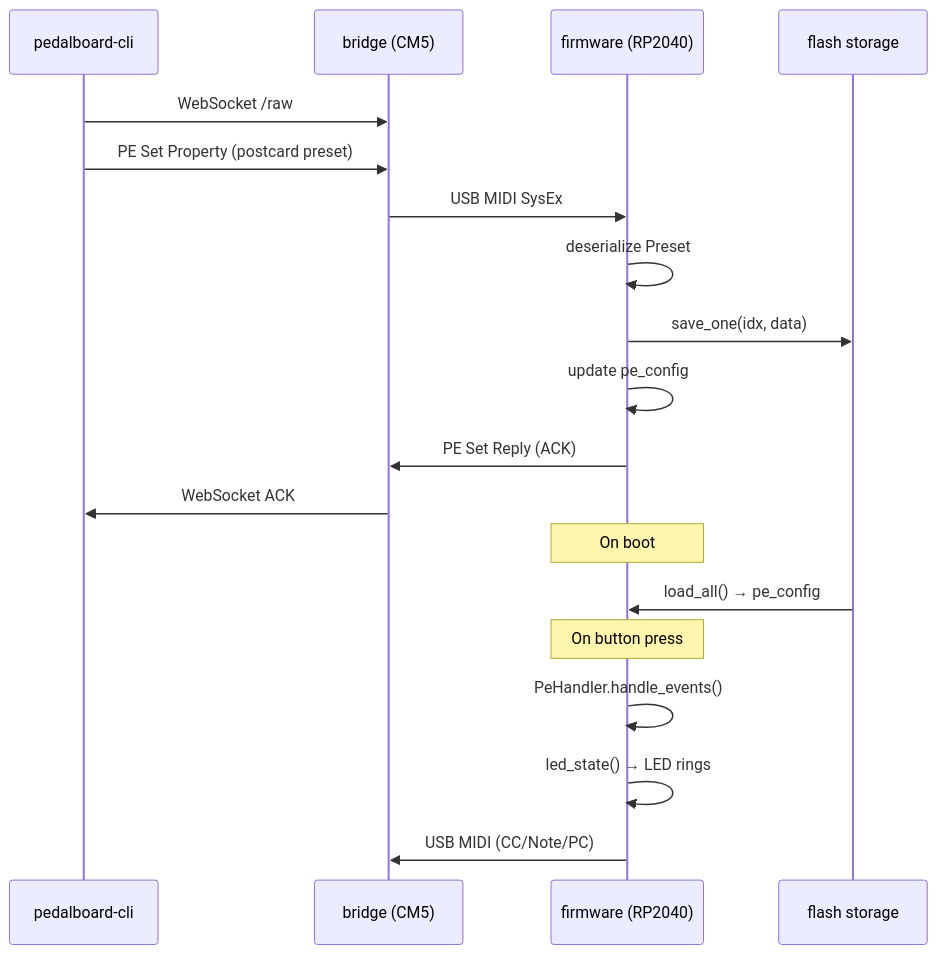
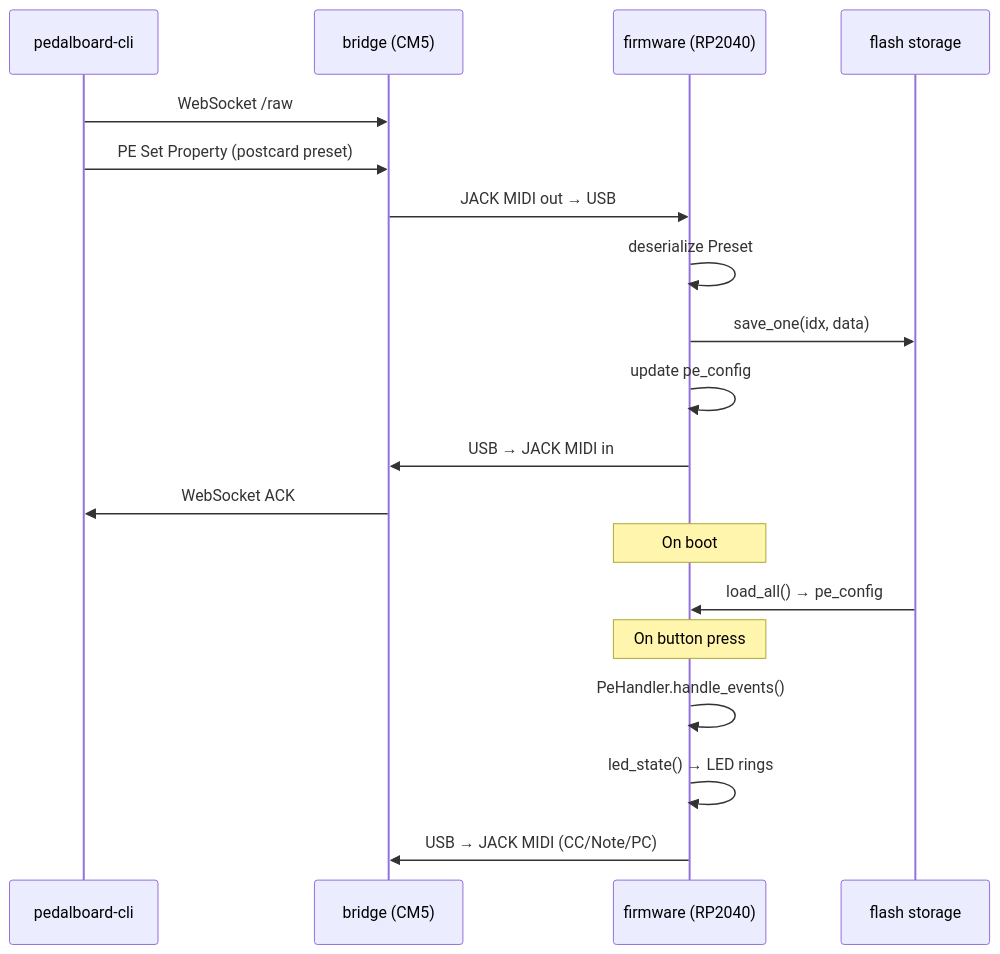
One commit to pedalboard/.github changed the third of 4 diagrams in docs/software-architecture.md. Above: the diagram before and after it, drawn with Mermaid. The commit also changed other lines of this file, not shown here.

First line of the commit message:
docs: update software architecture for JACK MIDI routing

````diff
--- a/docs/software-architecture.md
+++ b/docs/software-architecture.md
@@ -51,24 +105,24 @@
 ```mermaid
 sequenceDiagram
     participant CLI as pedalboard-cli
     participant Bridge as bridge (CM5)
     participant FW as firmware (RP2040)
     participant Flash as flash storage
 
     CLI->>Bridge: WebSocket /raw
     CLI->>Bridge: PE Set Property (postcard preset)
-    Bridge->>FW: USB MIDI SysEx
+    Bridge->>FW: JACK MIDI out → USB
     FW->>FW: deserialize Preset
     FW->>Flash: save_one(idx, data)
     FW->>FW: update pe_config
-    FW->>Bridge: PE Set Reply (ACK)
+    FW->>Bridge: USB → JACK MIDI in
     Bridge->>CLI: WebSocket ACK
 
     Note over FW: On boot
     Flash->>FW: load_all() → pe_config
     
     Note over FW: On button press
     FW->>FW: PeHandler.handle_events()
     FW->>FW: led_state() → LED rings
-    FW->>Bridge: USB MIDI (CC/Note/PC)
+    FW->>Bridge: USB → JACK MIDI (CC/Note/PC)
 ```
````
